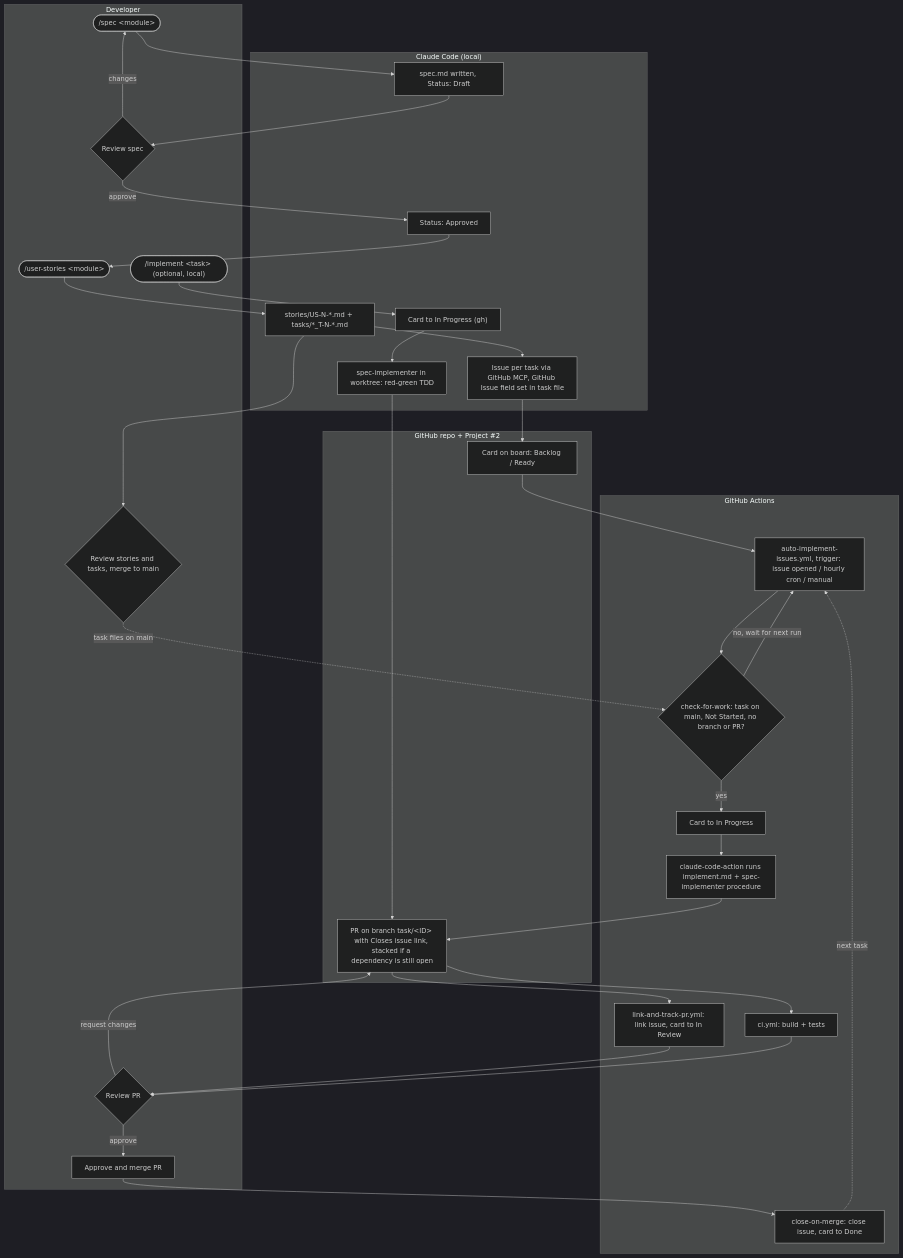
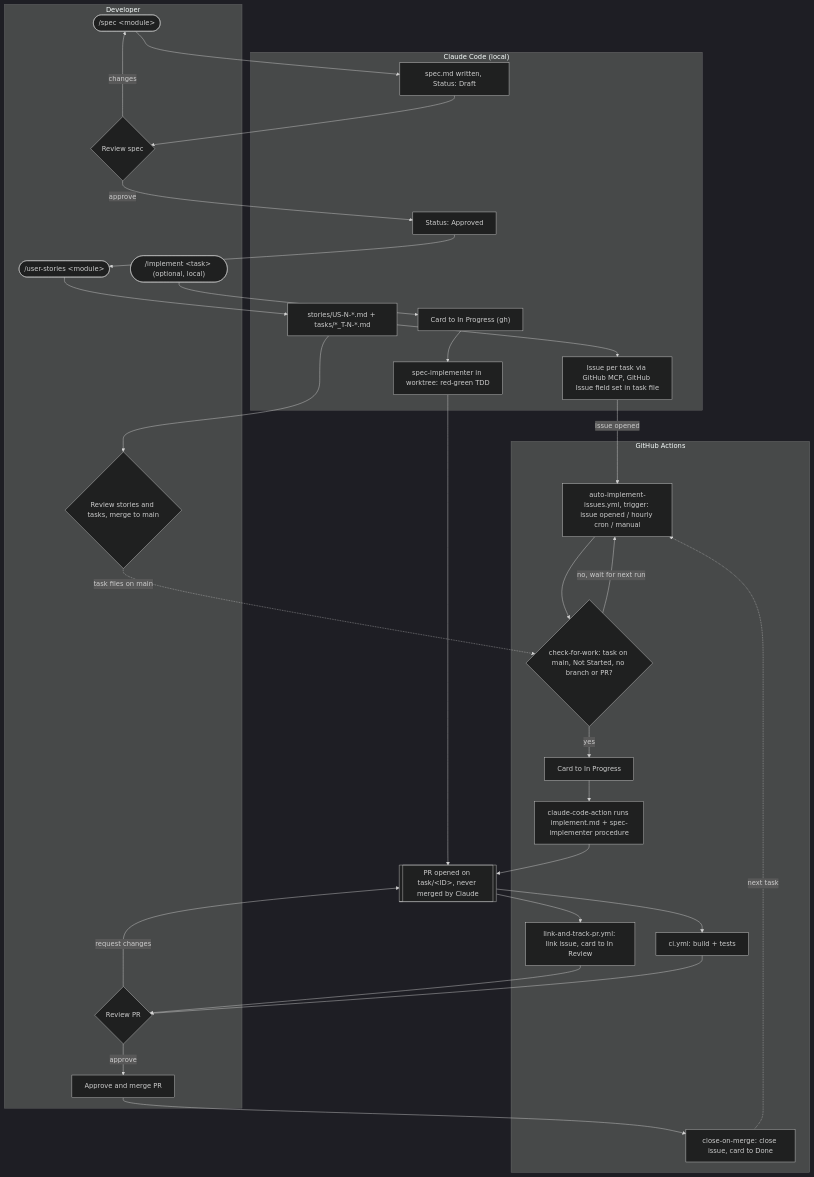
One commit to caioq/ai-investment-assistant changed the first of 2 diagrams in WORKFLOW.md. Above: the diagram before and after it, drawn with Mermaid (dark theme).

Commit message:
docs: drop GitHub repo/Project lane from workflow flowchart

````diff
--- a/WORKFLOW.md
+++ b/WORKFLOW.md
@@ -128,55 +128,52 @@
 ```mermaid
 flowchart TD
   subgraph DEV["Developer"]
     D1(["/spec &lt;module&gt;"])
     G1{"Review spec"}
     D2(["/user-stories &lt;module&gt;"])
     G2{"Review stories and tasks, merge to main"}
     D3(["/implement &lt;task&gt; (optional, local)"])
     G3{"Review PR"}
     M["Approve and merge PR"]
   end
 
   subgraph CC["Claude Code (local)"]
     S["spec.md written, Status: Draft"]
     A["Status: Approved"]
     T["stories/US-N-*.md + tasks/*_T-N-*.md"]
     I["Issue per task via GitHub MCP, GitHub Issue field set in task file"]
     L1["Card to In Progress (gh)"]
     L2["spec-implementer in worktree: red-green TDD"]
   end
 
   subgraph GHA["GitHub Actions"]
     C0["auto-implement-issues.yml, trigger: issue opened / hourly cron / manual"]
     C1{"check-for-work: task on main, Not Started, no branch or PR?"}
     C2["Card to In Progress"]
     C3["claude-code-action runs implement.md + spec-implementer procedure"]
     LT["link-and-track-pr.yml: link issue, card to In Review"]
     CI["ci.yml: build + tests"]
     CM["close-on-merge: close issue, card to Done"]
   end
 
-  subgraph GH["GitHub repo + Project #2"]
-    B["Card on board: Backlog / Ready"]
-    PR["PR on branch task/&lt;ID&gt; with Closes issue link, stacked if a dependency is still open"]
-  end
+  PR[["PR opened on task/&lt;ID&gt;, never merged by Claude"]]
 
   D1 --> S --> G1
   G1 -- "changes" --> D1
   G1 -- "approve" --> A --> D2
-  D2 --> T --> I --> B
+  D2 --> T --> I
   T --> G2
-  B --> C0
+  I -- "issue opened" --> C0
   G2 -. "task files on main" .-> C1
   C0 --> C1
   C1 -- "no, wait for next run" --> C0
   C1 -- "yes" --> C2 --> C3 --> PR
   D3 --> L1 --> L2 --> PR
   PR --> LT
   PR --> CI
   LT --> G3
   CI --> G3
   G3 -- "request changes" --> PR
   G3 -- "approve" --> M --> CM
   CM -. "next task" .-> C0
 ```
````
